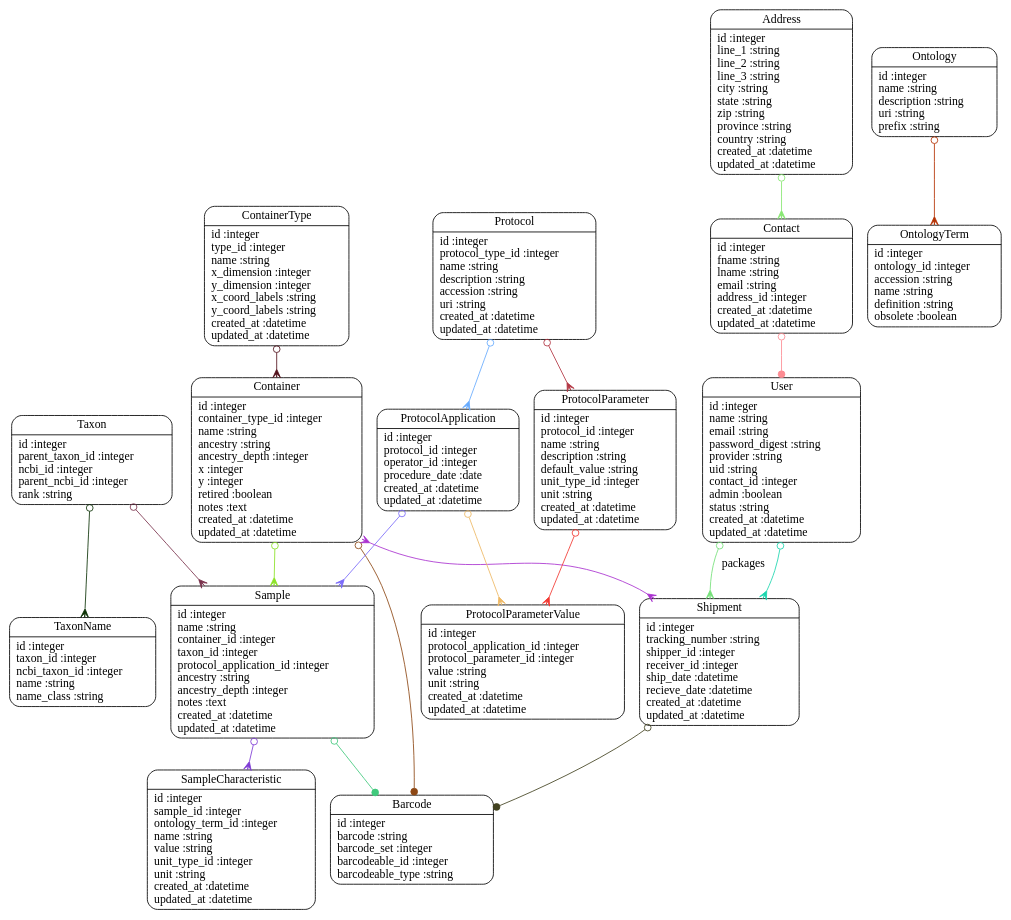
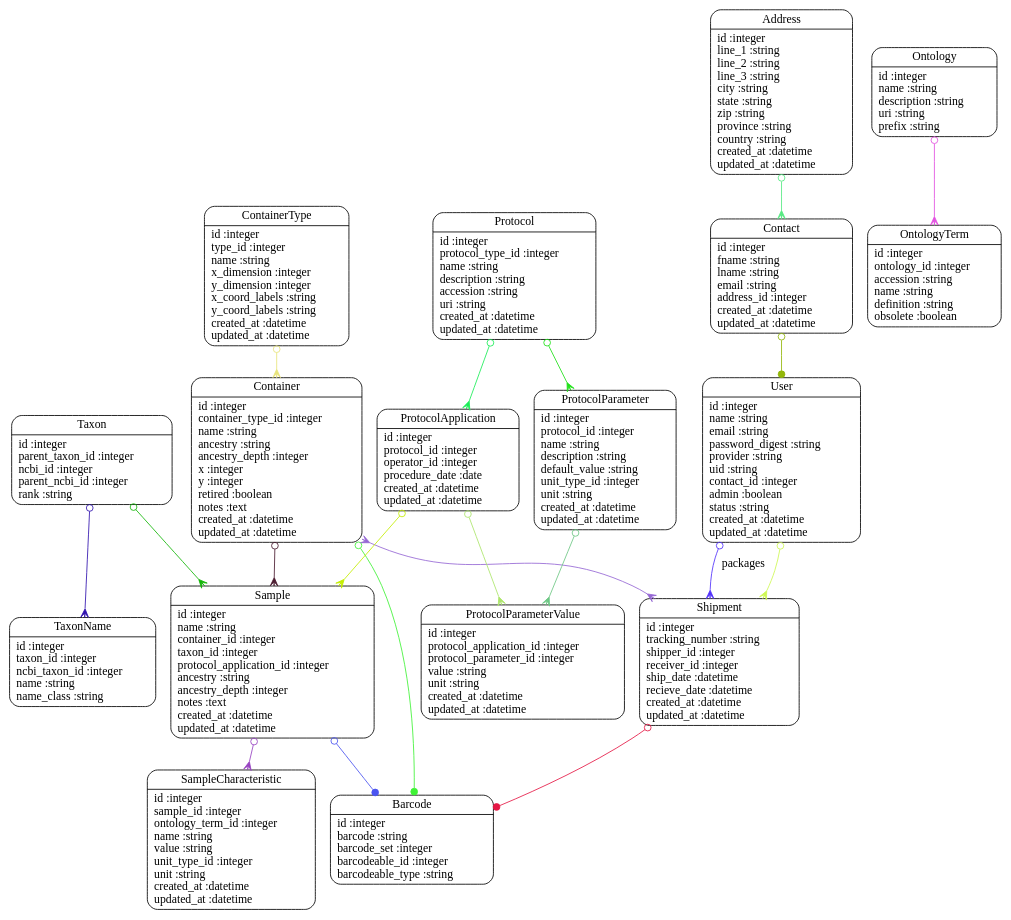
Before and after one commit to dimitras/collos: the diagram in models.dot, drawn with Graphviz. The commit also changed 1 other file, not shown here.

Commit message:
updated model ER diagram

```diff
--- a/models.dot
+++ b/models.dot
@@ -1,39 +1,39 @@
 digraph models_diagram {
 	graph[overlap=false, splines=true]
 	"Address" [shape=Mrecord, label="{Address|id :integer\lline_1 :string\lline_2 :string\lline_3 :string\lcity :string\lstate :string\lzip :string\lprovince :string\lcountry :string\lcreated_at :datetime\lupdated_at :datetime\l}"]
 	"Barcode" [shape=Mrecord, label="{Barcode|id :integer\lbarcode :string\lbarcode_set :integer\lbarcodeable_id :integer\lbarcodeable_type :string\l}"]
 	"Contact" [shape=Mrecord, label="{Contact|id :integer\lfname :string\llname :string\lemail :string\laddress_id :integer\lcreated_at :datetime\lupdated_at :datetime\l}"]
 	"Container" [shape=Mrecord, label="{Container|id :integer\lcontainer_type_id :integer\lname :string\lancestry :string\lancestry_depth :integer\lx :integer\ly :integer\lretired :boolean\lnotes :text\lcreated_at :datetime\lupdated_at :datetime\l}"]
 	"ContainerType" [shape=Mrecord, label="{ContainerType|id :integer\ltype_id :integer\lname :string\lx_dimension :integer\ly_dimension :integer\lx_coord_labels :string\ly_coord_labels :string\lcreated_at :datetime\lupdated_at :datetime\l}"]
 	"Ontology" [shape=Mrecord, label="{Ontology|id :integer\lname :string\ldescription :string\luri :string\lprefix :string\l}"]
 	"OntologyTerm" [shape=Mrecord, label="{OntologyTerm|id :integer\lontology_id :integer\laccession :string\lname :string\ldefinition :string\lobsolete :boolean\l}"]
 	"Protocol" [shape=Mrecord, label="{Protocol|id :integer\lprotocol_type_id :integer\lname :string\ldescription :string\laccession :string\luri :string\lcreated_at :datetime\lupdated_at :datetime\l}"]
 	"ProtocolApplication" [shape=Mrecord, label="{ProtocolApplication|id :integer\lprotocol_id :integer\loperator_id :integer\lprocedure_date :date\lcreated_at :datetime\lupdated_at :datetime\l}"]
 	"ProtocolParameter" [shape=Mrecord, label="{ProtocolParameter|id :integer\lprotocol_id :integer\lname :string\ldescription :string\ldefault_value :string\lunit_type_id :integer\lunit :string\lcreated_at :datetime\lupdated_at :datetime\l}"]
 	"ProtocolParameterValue" [shape=Mrecord, label="{ProtocolParameterValue|id :integer\lprotocol_application_id :integer\lprotocol_parameter_id :integer\lvalue :string\lunit :string\lcreated_at :datetime\lupdated_at :datetime\l}"]
 	"Sample" [shape=Mrecord, label="{Sample|id :integer\lname :string\lcontainer_id :integer\ltaxon_id :integer\lprotocol_application_id :integer\lancestry :string\lancestry_depth :integer\lnotes :text\lcreated_at :datetime\lupdated_at :datetime\l}"]
 	"SampleCharacteristic" [shape=Mrecord, label="{SampleCharacteristic|id :integer\lsample_id :integer\lontology_term_id :integer\lname :string\lvalue :string\lunit_type_id :integer\lunit :string\lcreated_at :datetime\lupdated_at :datetime\l}"]
 	"Shipment" [shape=Mrecord, label="{Shipment|id :integer\ltracking_number :string\lshipper_id :integer\lreceiver_id :integer\lship_date :datetime\lrecieve_date :datetime\lcreated_at :datetime\lupdated_at :datetime\l}"]
 	"Taxon" [shape=Mrecord, label="{Taxon|id :integer\lparent_taxon_id :integer\lncbi_id :integer\lparent_ncbi_id :integer\lrank :string\l}"]
 	"TaxonName" [shape=Mrecord, label="{TaxonName|id :integer\ltaxon_id :integer\lncbi_taxon_id :integer\lname :string\lname_class :string\l}"]
 	"User" [shape=Mrecord, label="{User|id :integer\lname :string\lemail :string\lpassword_digest :string\lprovider :string\luid :string\lcontact_id :integer\ladmin :boolean\lstatus :string\lcreated_at :datetime\lupdated_at :datetime\l}"]
-	"Address" -> "Contact" [arrowtail=odot, arrowhead=crow, dir=both color="#87E872"]
-	"Contact" -> "User" [arrowtail=odot, arrowhead=dot, dir=both color="#FD8C93"]
-	"Container" -> "Sample" [arrowtail=odot, arrowhead=crow, dir=both color="#8BE225"]
-	"Container" -> "Barcode" [arrowtail=odot, arrowhead=dot, dir=both color="#8D4815"]
-	"Container" -> "Shipment" [arrowtail=crow, arrowhead=crow, dir=both color="#AA31D0"]
-	"ContainerType" -> "Container" [arrowtail=odot, arrowhead=crow, dir=both color="#53131D"]
-	"Ontology" -> "OntologyTerm" [arrowtail=odot, arrowhead=crow, dir=both color="#B43203"]
-	"Protocol" -> "ProtocolApplication" [arrowtail=odot, arrowhead=crow, dir=both color="#67ABFE"]
-	"Protocol" -> "ProtocolParameter" [arrowtail=odot, arrowhead=crow, dir=both color="#B23542"]
-	"ProtocolApplication" -> "Sample" [arrowtail=odot, arrowhead=crow, dir=both color="#7A6AF9"]
-	"ProtocolApplication" -> "ProtocolParameterValue" [arrowtail=odot, arrowhead=crow, dir=both color="#EEB864"]
-	"ProtocolParameter" -> "ProtocolParameterValue" [arrowtail=odot, arrowhead=crow, dir=both color="#F23831"]
-	"Sample" -> "Barcode" [arrowtail=odot, arrowhead=dot, dir=both color="#41C97C"]
-	"Sample" -> "SampleCharacteristic" [arrowtail=odot, arrowhead=crow, dir=both color="#7F3CD5"]
-	"Shipment" -> "Barcode" [arrowtail=odot, arrowhead=dot, dir=both color="#424220"]
-	"Taxon" -> "Sample" [arrowtail=odot, arrowhead=crow, dir=both color="#79304A"]
-	"Taxon" -> "TaxonName" [arrowtail=odot, arrowhead=crow, dir=both color="#0C3306"]
-	"User" -> "Shipment" [arrowtail=odot, arrowhead=crow, dir=both color="#1CD6AF"]
-	"User" -> "Shipment" [label="packages", arrowtail=odot, arrowhead=crow, dir=both color="#74E179"]
+	"Address" -> "Contact" [arrowtail=odot, arrowhead=crow, dir=both color="#56EA82"]
+	"Contact" -> "User" [arrowtail=odot, arrowhead=dot, dir=both color="#93B70A"]
+	"Container" -> "Sample" [arrowtail=odot, arrowhead=crow, dir=both color="#4B1C30"]
+	"Container" -> "Barcode" [arrowtail=odot, arrowhead=dot, dir=both color="#40F236"]
+	"Container" -> "Shipment" [arrowtail=crow, arrowhead=crow, dir=both color="#9567D4"]
+	"ContainerType" -> "Container" [arrowtail=odot, arrowhead=crow, dir=both color="#E7E47B"]
+	"Ontology" -> "OntologyTerm" [arrowtail=odot, arrowhead=crow, dir=both color="#E352E1"]
+	"Protocol" -> "ProtocolApplication" [arrowtail=odot, arrowhead=crow, dir=both color="#1BED58"]
+	"Protocol" -> "ProtocolParameter" [arrowtail=odot, arrowhead=crow, dir=both color="#20E019"]
+	"ProtocolApplication" -> "Sample" [arrowtail=odot, arrowhead=crow, dir=both color="#C4EE01"]
+	"ProtocolApplication" -> "ProtocolParameterValue" [arrowtail=odot, arrowhead=crow, dir=both color="#ACE56A"]
+	"ProtocolParameter" -> "ProtocolParameterValue" [arrowtail=odot, arrowhead=crow, dir=both color="#6EC785"]
+	"Sample" -> "Barcode" [arrowtail=odot, arrowhead=dot, dir=both color="#4B54F0"]
+	"Sample" -> "SampleCharacteristic" [arrowtail=odot, arrowhead=crow, dir=both color="#9843C1"]
+	"Shipment" -> "Barcode" [arrowtail=odot, arrowhead=dot, dir=both color="#E51745"]
+	"Taxon" -> "Sample" [arrowtail=odot, arrowhead=crow, dir=both color="#12B506"]
+	"Taxon" -> "TaxonName" [arrowtail=odot, arrowhead=crow, dir=both color="#3013AE"]
+	"User" -> "Shipment" [arrowtail=odot, arrowhead=crow, dir=both color="#CFF854"]
+	"User" -> "Shipment" [label="packages", arrowtail=odot, arrowhead=crow, dir=both color="#5231FC"]
 }
```
